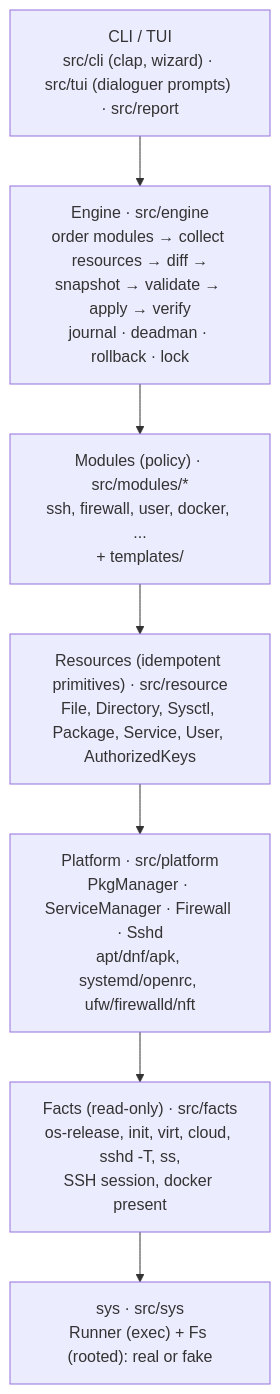
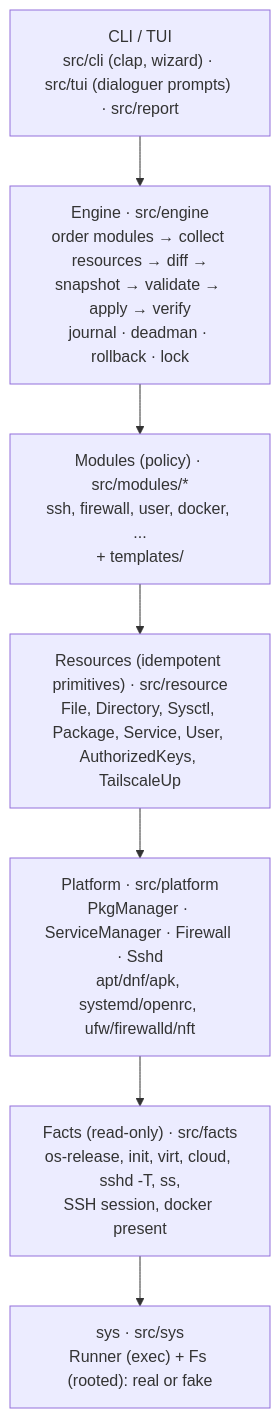
The first of 3 diagrams in docs/architecture.md (bhimrazy/vps-ready), drawn with Mermaid before and after one commit. The commit also changed other lines of this file and 38 other files, not shown here.

````diff
--- a/docs/architecture.md
+++ b/docs/architecture.md
@@ -33,11 +33,11 @@
 ```mermaid
 flowchart TB
   cli["CLI / TUI<br/>src/cli (clap, wizard) · src/tui (dialoguer prompts) · src/report"]
   engine["Engine · src/engine<br/>order modules → collect resources → diff →<br/>snapshot → validate → apply → verify<br/>journal · deadman · rollback · lock"]
   modules["Modules (policy) · src/modules/*<br/>ssh, firewall, user, docker, ...<br/>+ templates/"]
-  resources["Resources (idempotent primitives) · src/resource<br/>File, Directory, Sysctl, Package, Service, User, AuthorizedKeys"]
+  resources["Resources (idempotent primitives) · src/resource<br/>File, Directory, Sysctl, Package, Service, User, AuthorizedKeys, TailscaleUp"]
   platform["Platform · src/platform<br/>PkgManager · ServiceManager · Firewall · Sshd<br/>apt/dnf/apk, systemd/openrc, ufw/firewalld/nft"]
   facts["Facts (read-only) · src/facts<br/>os-release, init, virt, cloud, sshd -T, ss,<br/>SSH session, docker present"]
   sys["sys · src/sys<br/>Runner (exec) + Fs (rooted): real or fake"]
   cli --> engine --> modules --> resources --> platform --> facts --> sys
 ```
````
